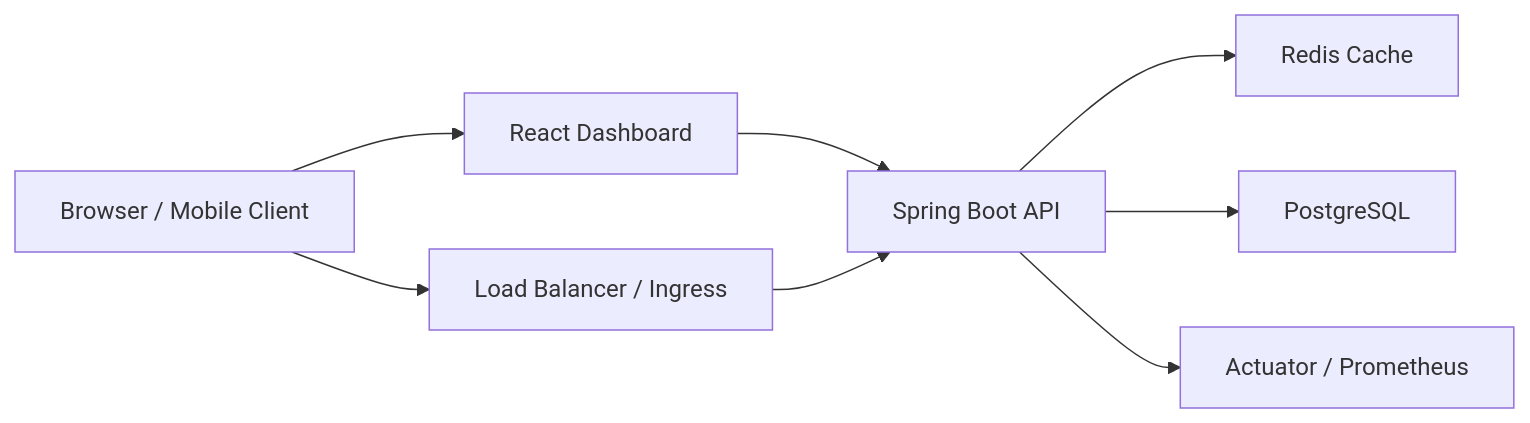
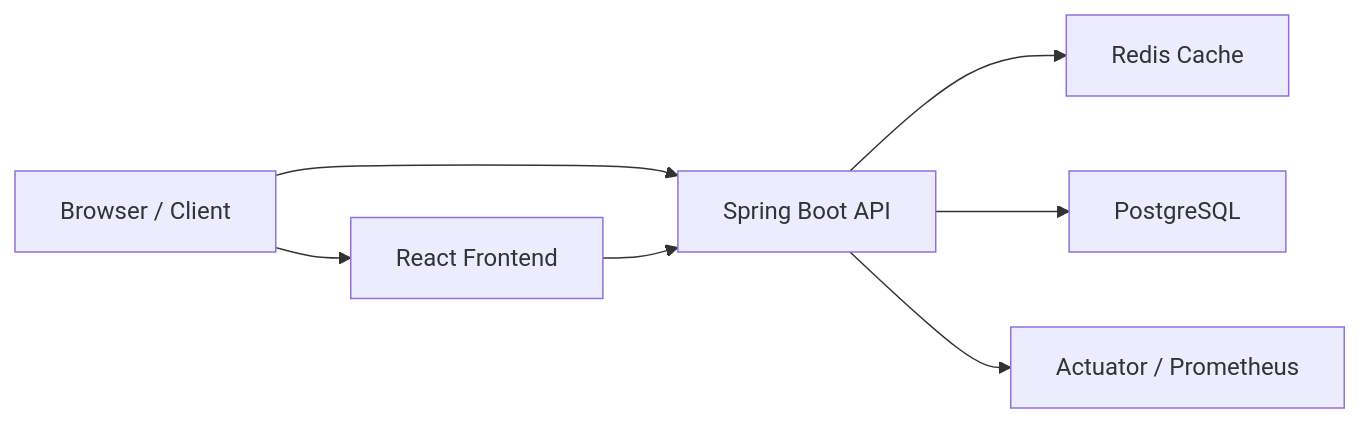
The first of 3 diagrams in README.md (sawantyash07/Distributed-URL-Shortening-Analytics-Platform), drawn with Mermaid before and after one commit. The commit also changed other lines of this file and 31 other files, not shown here.

````diff
--- a/README.md
+++ b/README.md
@@ -55,10 +73,9 @@
 ```mermaid
 flowchart LR
-    User["Browser / Mobile Client"] --> FE["React Dashboard"]
-    User --> LB["Load Balancer / Ingress"]
-    FE --> API["Spring Boot API"]
-    LB --> API
+    User["Browser / Client"] --> FE["React Frontend"]
+    User --> API["Spring Boot API"]
+    FE --> API
     API --> Redis["Redis Cache"]
-    API --> Postgres["PostgreSQL"]
+    API --> DB["PostgreSQL"]
     API --> Metrics["Actuator / Prometheus"]
 ```
````
